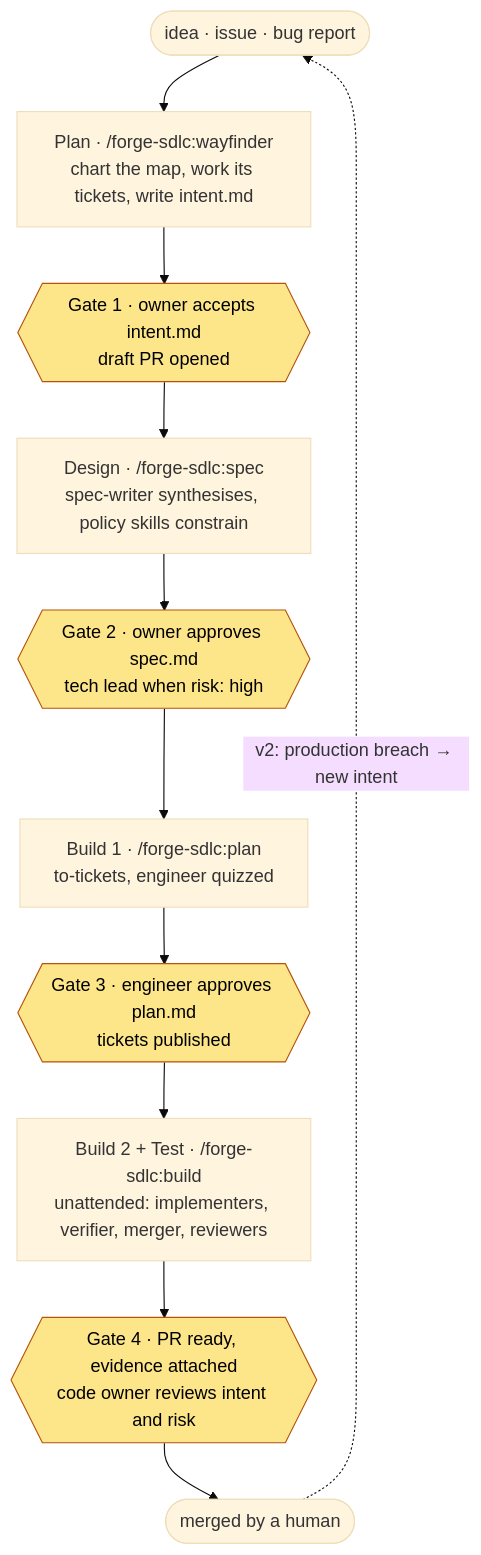
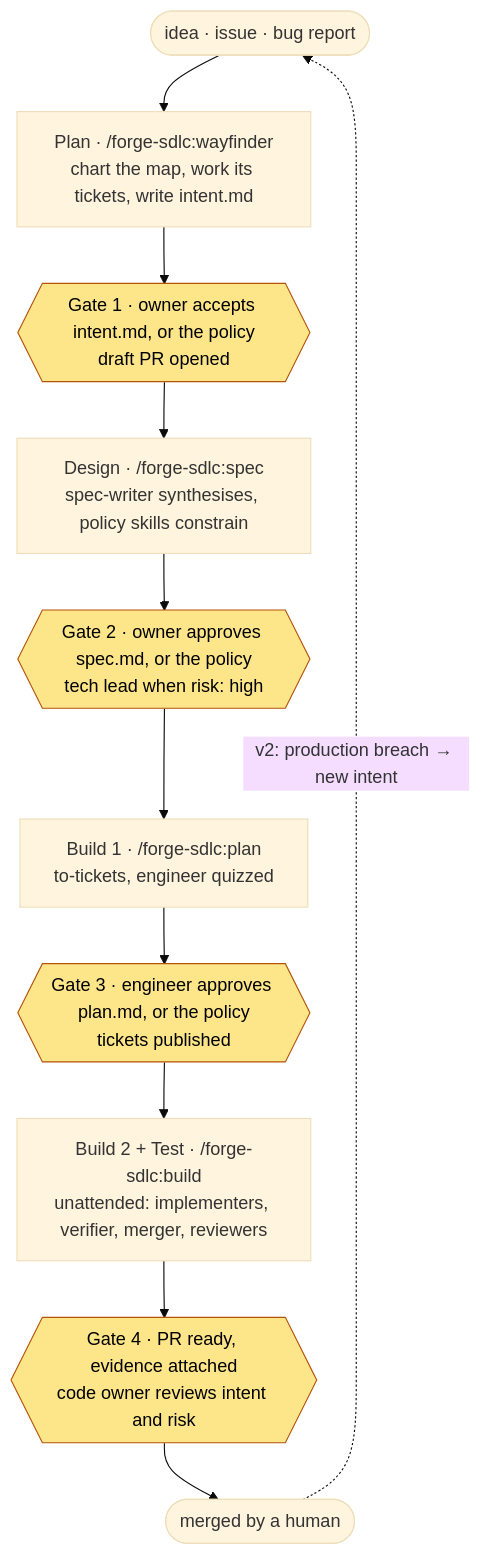
Before and after one commit to bogdanmosica/forge-sdlc: the first of 2 diagrams in docs/design.md, drawn with Mermaid (base theme). The commit also changed other lines of this file and 2 other files, not shown here.

First line of the commit message:
docs(autonomous-gates): design and README say who passes each gate under each policy

````diff
--- a/docs/design.md
+++ b/docs/design.md
@@ -57,16 +57,16 @@
 ```mermaid
 flowchart TD
     idea([idea · issue · bug report]) --> intent["Plan · /forge-sdlc:wayfinder<br/>chart the map, work its tickets, write intent.md"]
-    intent --> g1{{"Gate 1 · owner accepts intent.md<br/>draft PR opened"}}
+    intent --> g1{{"Gate 1 · owner accepts intent.md, or the policy<br/>draft PR opened"}}
     g1 --> spec["Design · /forge-sdlc:spec<br/>spec-writer synthesises, policy skills constrain"]
-    spec --> g2{{"Gate 2 · owner approves spec.md<br/>tech lead when risk: high"}}
+    spec --> g2{{"Gate 2 · owner approves spec.md, or the policy<br/>tech lead when risk: high"}}
     g2 --> plan["Build 1 · /forge-sdlc:plan<br/>to-tickets, engineer quizzed"]
-    plan --> g3{{"Gate 3 · engineer approves plan.md<br/>tickets published"}}
+    plan --> g3{{"Gate 3 · engineer approves plan.md, or the policy<br/>tickets published"}}
     g3 --> build["Build 2 + Test · /forge-sdlc:build<br/>unattended: implementers, verifier, merger, reviewers"]
     build --> pr{{"Gate 4 · PR ready, evidence attached<br/>code owner reviews intent and risk"}}
     pr --> main([merged by a human])
     main -. "v2: production breach → new intent" .-> idea
 
     classDef gate fill:#fde68a,stroke:#b45309,color:#000
     class g1,g2,g3,pr gate
 ```
````
